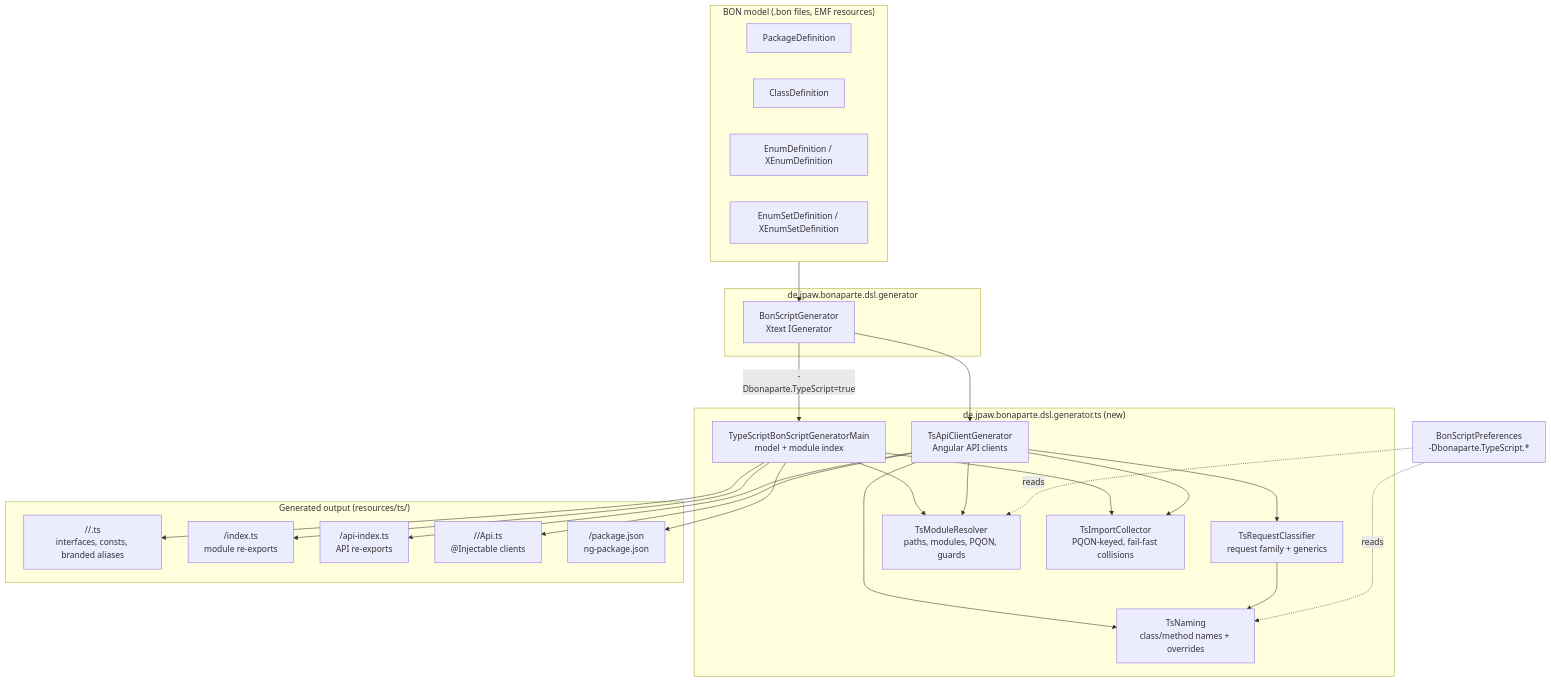
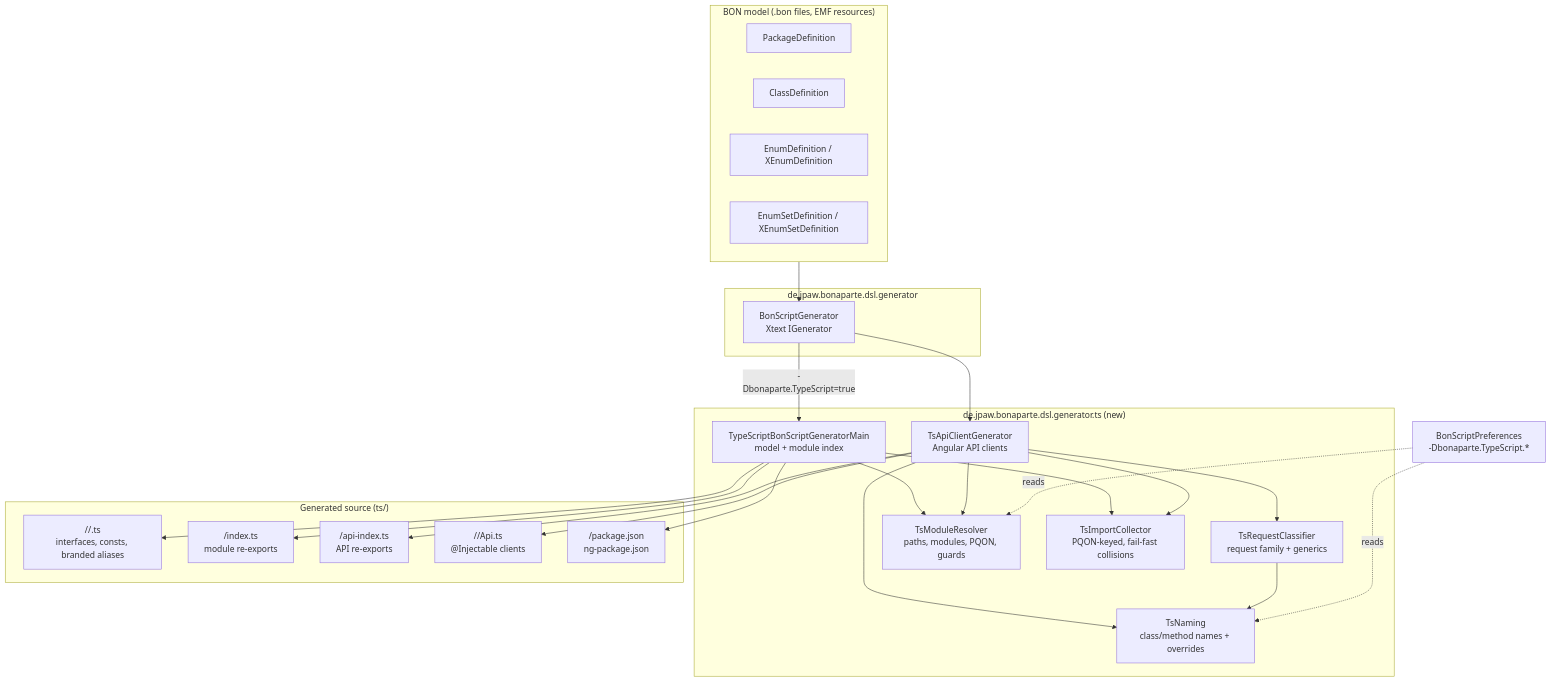
Before and after one commit to jpaw/bonaparte-dsl: the first of 3 diagrams in docs/feature-DSL-9998-typescript-generator/README.md, drawn with Mermaid. The commit also changed other lines of this file and 8 other files, not shown here.

````diff
--- a/docs/feature-DSL-9998-typescript-generator/README.md
+++ b/docs/feature-DSL-9998-typescript-generator/README.md
@@ -184,50 +184,50 @@
 ```mermaid
 flowchart TB
     subgraph BON["BON model (.bon files, EMF resources)"]
         PKG[PackageDefinition]
         CLS[ClassDefinition]
         ENUM[EnumDefinition / XEnumDefinition]
         ESET[EnumSetDefinition / XEnumSetDefinition]
     end
 
     subgraph GEN["de.jpaw.bonaparte.dsl.generator"]
         BSG[BonScriptGenerator<br/>Xtext IGenerator]
     end
 
     subgraph TS["de.jpaw.bonaparte.dsl.generator.ts (new)"]
         MAIN[TypeScriptBonScriptGeneratorMain<br/>model + module index]
         API[TsApiClientGenerator<br/>Angular API clients]
         CLF[TsRequestClassifier<br/>request family + generics]
         NAM[TsNaming<br/>class/method names + overrides]
         RES[TsModuleResolver<br/>paths, modules, PQON, guards]
         COL[TsImportCollector<br/>PQON-keyed, fail-fast collisions]
     end
 
-    subgraph OUT["Generated output (resources/ts/)"]
+    subgraph OUT["Generated source (ts/)"]
         MODEL["<entry>/<pkg>/<Type>.ts<br/>interfaces, consts, branded aliases"]
         IDX["<entry>/index.ts<br/>module re-exports"]
         APIIDX["<entry>/api-index.ts<br/>API re-exports"]
         APICLASS["<entry>/<pkg>/<Entity>Api.ts<br/>@Injectable clients"]
         PKGJSON["<entry>/package.json<br/>ng-package.json"]
     end
 
     PREF[BonScriptPreferences<br/>-Dbonaparte.TypeScript.*]
 
     BSG -- "-Dbonaparte.TypeScript=true" --> MAIN
     BSG --> API
     MAIN --> COL
     MAIN --> RES
     API --> CLF
     API --> NAM
     API --> COL
     API --> RES
     CLF --> NAM
     PREF -. reads .-> RES
     PREF -. reads .-> NAM
     BON --> BSG
     MAIN --> MODEL
     MAIN --> IDX
     MAIN --> PKGJSON
     API --> APICLASS
     API --> APIIDX
 ```
````
